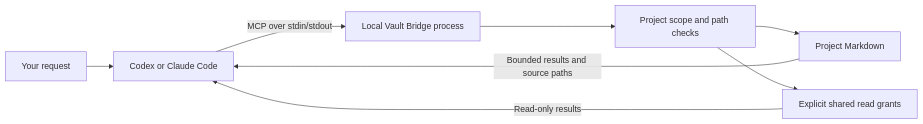
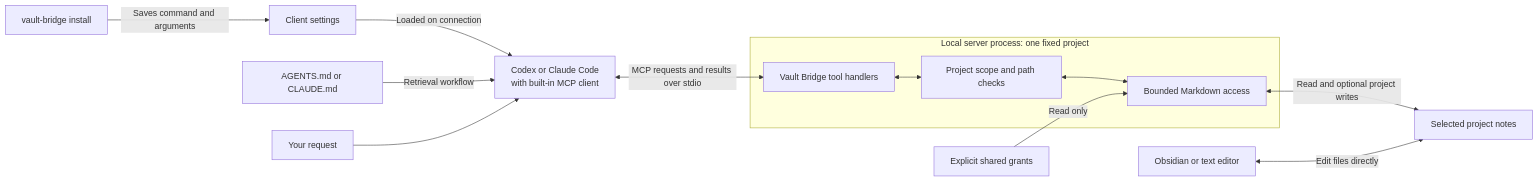
The first of 3 diagrams in docs/how-it-works.md (jsainthilaire/vault-bridge), drawn with Mermaid before and after one commit. The commit also changed other lines of this file and 8 other files, not shown here.

Commit message:
add bulk global project setup and document MCP workflo

````diff
--- a/docs/how-it-works.md
+++ b/docs/how-it-works.md
@@ -23,10 +47,15 @@
 ```mermaid
 flowchart LR
-    User[Your request] --> Client[Codex or Claude Code]
-    Client -->|MCP over stdin/stdout| Bridge[Local Vault Bridge process]
-    Bridge --> Scope[Project scope and path checks]
-    Scope --> Notes[Project Markdown]
-    Scope --> Shared[Explicit shared read grants]
-    Notes -->|Bounded results and source paths| Client
-    Shared -->|Read-only results| Client
+    Installer["vault-bridge install"] -->|Saves command and arguments| Settings["Client settings"]
+    Settings -->|Loaded on connection| Client["Codex or Claude Code<br/>with built-in MCP client"]
+    Instructions["AGENTS.md or CLAUDE.md"] -->|Retrieval workflow| Client
+    User["Your request"] --> Client
+    Client <-->|MCP requests and results over stdio| Bridge["Vault Bridge tool handlers"]
+    subgraph Server["Local server process: one fixed project"]
+        Bridge <--> Scope["Project scope and path checks"]
+        Scope <--> Store["Bounded Markdown access"]
+    end
+    Store <-->|Read and optional project writes| Notes["Selected project notes"]
+    Shared["Explicit shared grants"] -->|Read only| Store
+    Editor["Obsidian or text editor"] <-->|Edit files directly| Notes
 ```
````
